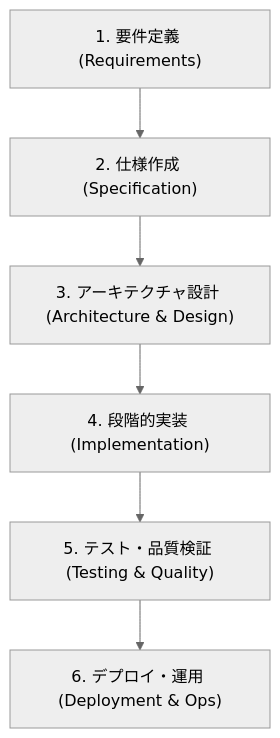
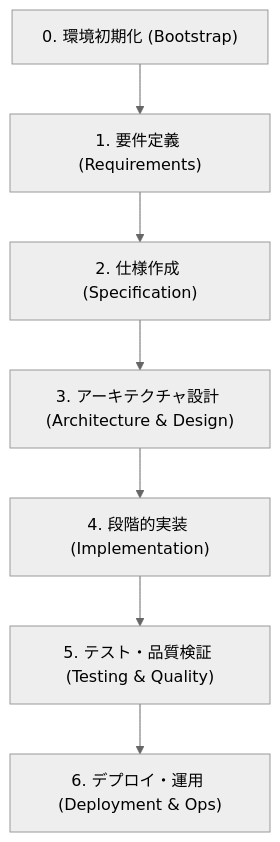
One commit to ryo-yama/DevWorkflow changed the diagram in .agents/skills/full-stack-workflow/SKILL.md. Above: the diagram before and after it, drawn with Mermaid (neutral theme). The commit also changed other lines of this file and 7 other files, not shown here.

````diff
--- a/.agents/skills/full-stack-workflow/SKILL.md
+++ b/.agents/skills/full-stack-workflow/SKILL.md
@@ -15,8 +15,9 @@
 ```mermaid
 flowchart TD
-    Phase1["1. 要件定義 (Requirements)"] --> Phase2["2. 仕様作成 (Specification)"]
+    Phase0["0. 環境初期化 (Bootstrap)"] --> Phase1["1. 要件定義 (Requirements)"]
+    Phase1 --> Phase2["2. 仕様作成 (Specification)"]
     Phase2 --> Phase3["3. アーキテクチャ設計 (Architecture & Design)"]
     Phase3 --> Phase4["4. 段階的実装 (Implementation)"]
     Phase4 --> Phase5["5. テスト・品質検証 (Testing & Quality)"]
     Phase5 --> Phase6["6. デプロイ・運用 (Deployment & Ops)"]
 ```
````
